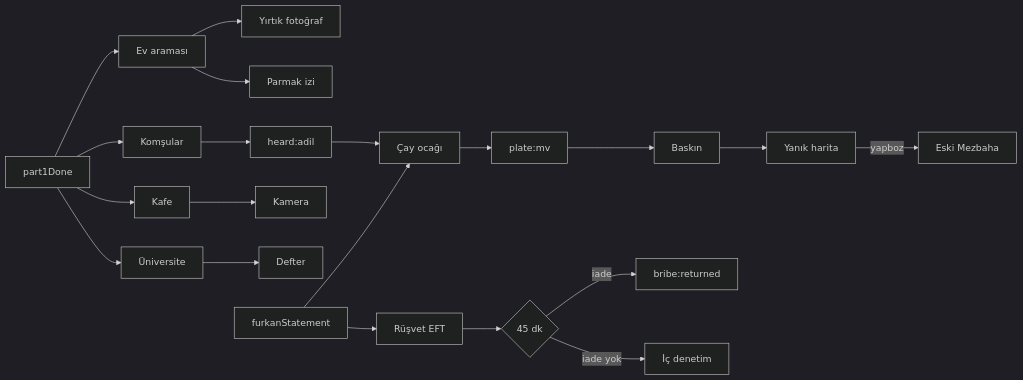
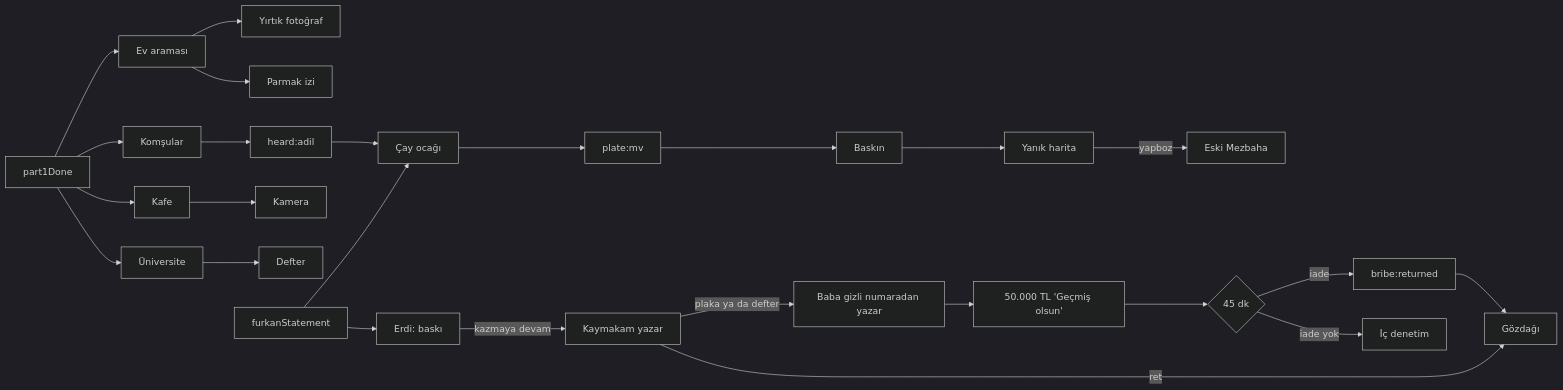
Before and after one commit to Erimsaholut/Ledective: the diagram in story/bible/07-dagitim.md, drawn with Mermaid (dark theme). The commit also changed 20 other files, not shown here.

````diff
--- a/story/bible/07-dagitim.md
+++ b/story/bible/07-dagitim.md
@@ -45,14 +45,17 @@
 ```mermaid
 flowchart LR
   part1Done --> home[Ev araması] --> photo[Yırtık fotoğraf] & glass[Parmak izi]
   part1Done --> neighbours[Komşular] --> adil[heard:adil]
   part1Done --> cafe[Kafe] --> cctv[Kamera]
   part1Done --> uni[Üniversite] --> notebook[Defter]
   furkan[furkanStatement] --> teahouse[Çay ocağı]
   adil --> teahouse
   teahouse --> plate[plate:mv] --> raid[Baskın] --> map[Yanık harita]
   map -->|yapboz| mezbaha[Eski Mezbaha]
-  furkan --> bribe[Rüşvet EFT] --> timer{45 dk}
-  timer -->|iade| returned[bribe:returned]
+  furkan --> erdi[Erdi: baskı]
+  erdi -->|kazmaya devam| kaymakam[Kaymakam yazar]
+  kaymakam -->|plaka ya da defter| mp[Baba gizli numaradan yazar] --> bribe[50.000 TL 'Geçmiş olsun'] --> timer{45 dk}
+  timer -->|iade| returned[bribe:returned] --> threat[Gözdağı]
   timer -->|iade yok| ic[İç denetim]
+  kaymakam -->|ret| threat
 ```
````
